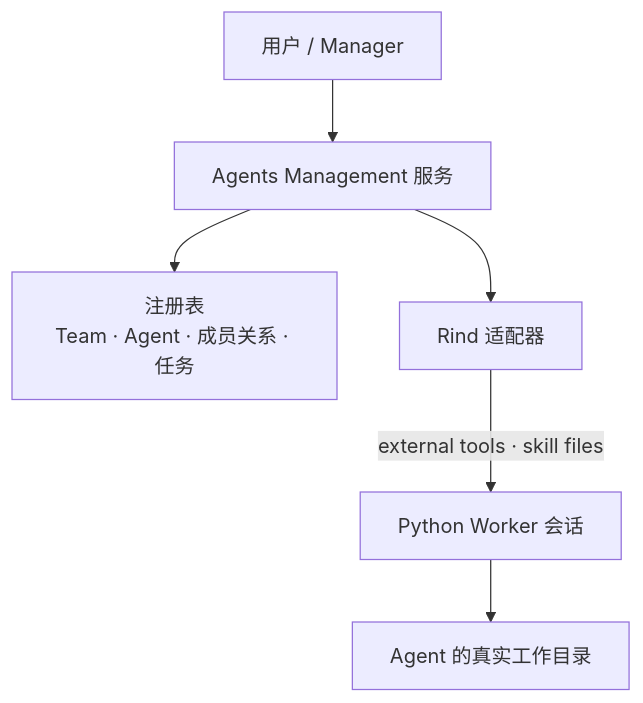
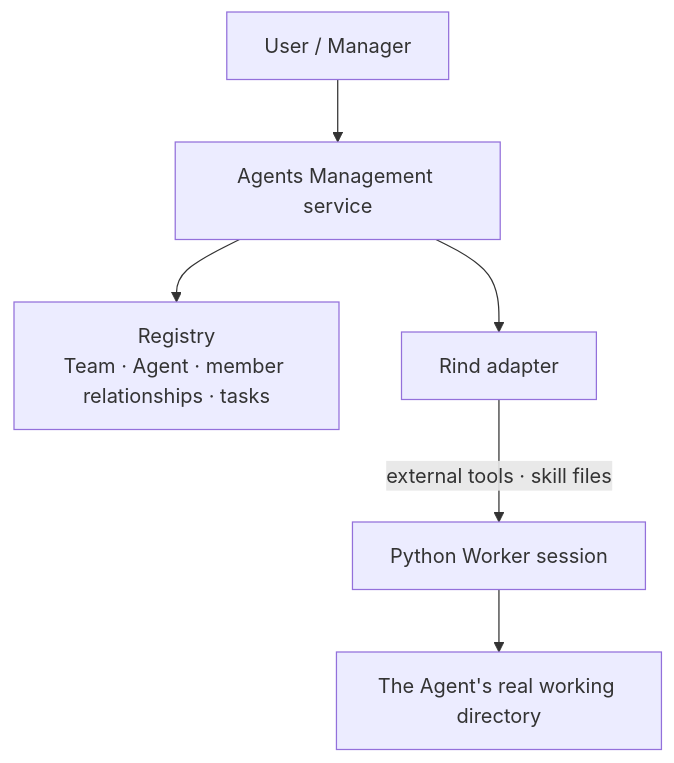
Before and after one commit to Azzurroooo/rind: the diagram in docs/internals/05-autonomy/teams.md, drawn with Mermaid. The commit also changed other lines of this file and 109 other files, not shown here.

```diff
--- a/docs/internals/05-autonomy/teams.md
+++ b/docs/internals/05-autonomy/teams.md
@@ -5,8 +7,8 @@
 ~~~mermaid
 flowchart TB
-    U["用户 / Manager"] --> S["Agents Management 服务"]
-    S --> R["注册表<br/>Team · Agent · 成员关系 · 任务"]
-    S --> A["Rind 适配器"]
-    A -->|"external tools · skill files"| W["Python Worker 会话"]
-    W --> D["Agent 的真实工作目录"]
+    U["User / Manager"] --> S["Agents Management service"]
+    S --> R["Registry<br/>Team · Agent · member relationships · tasks"]
+    S --> A["Rind adapter"]
+    A -->|"external tools · skill files"| W["Python Worker session"]
+    W --> D["The Agent's real working directory"]
 ~~~
```
